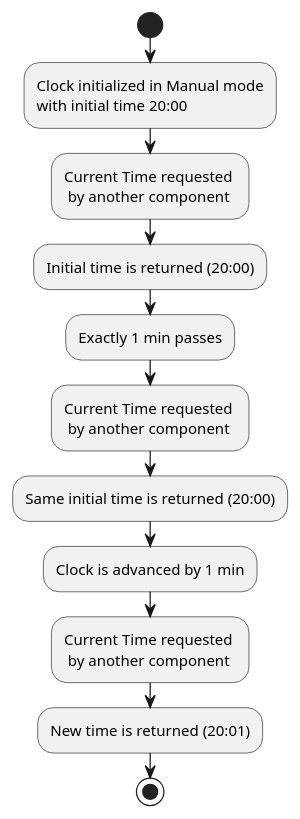
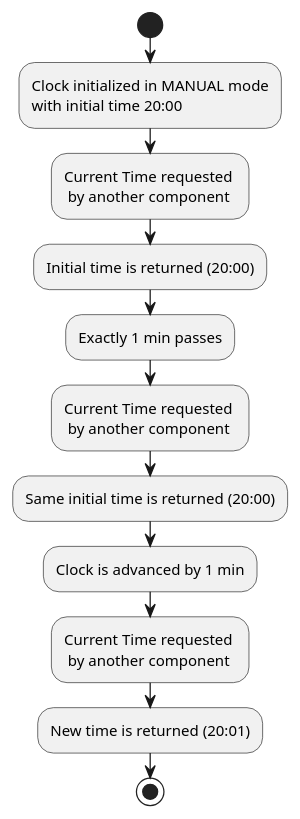
One commit to pr4aveen/tp changed the diagram in docs/diagrams/ClockActivityDiagram3.puml. Above: the diagram before and after it, drawn with PlantUML. The commit also changed 13 other files, not shown here.

```diff
--- a/docs/diagrams/ClockActivityDiagram3.puml
+++ b/docs/diagrams/ClockActivityDiagram3.puml
@@ -1,22 +1,22 @@
 @startuml
 start
-:Clock initialized in Manual mode\nwith initial time 20:00;
+:Clock initialized in MANUAL mode\nwith initial time 20:00;
 
 :Current Time requested \n by another component;
 
 :Initial time is returned (20:00);
 
 :Exactly 1 min passes;
 
 :Current Time requested \n by another component;
 
 :Same initial time is returned (20:00);
 
 :Clock is advanced by 1 min;
 
 :Current Time requested \n by another component;
 
 :New time is returned (20:01);
 
 stop
 @enduml
```
